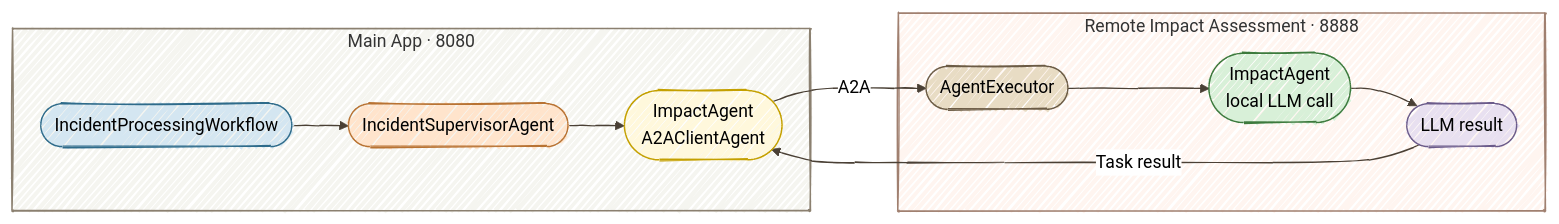
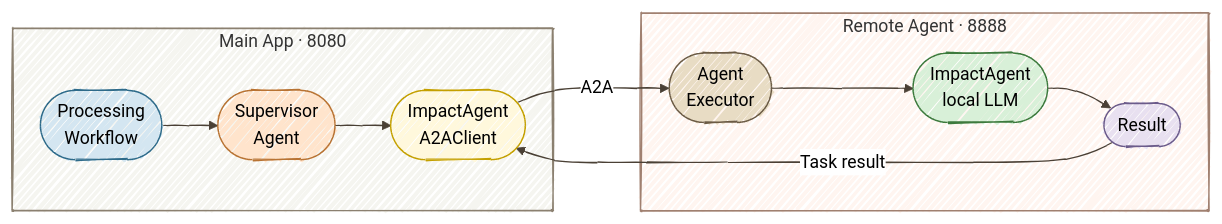
The diagram in docs/07-a2a/START_HERE.md (danieloh30/techxchange-2026-quarkus-bob-lab), drawn with Mermaid before and after one commit. The commit also changed other lines of this file, not shown here.

Commit message:
fix(docs): shorten A2A chart labels and table columns for readability
Use abbreviated node labels with line breaks so the LR flowchart
renders at a readable size. Compact the concepts table to prevent
column overflow.

````diff
--- a/docs/07-a2a/START_HERE.md
+++ b/docs/07-a2a/START_HERE.md
@@ -64,36 +64,36 @@
 ```mermaid
 %%{init: {'look':'handDrawn','theme':'neutral','themeVariables': {'lineColor':'#4A4035'}}}%%
 flowchart LR
-    IPW([IncidentProcessingWorkflow])
-    ISA([IncidentSupervisorAgent])
-    IA(["ImpactAgent<br/>A2AClientAgent"])
-    AE([AgentExecutor])
-    RIA(["ImpactAgent<br/>local LLM call"])
-    LLM([LLM result])
+    IPW(["Processing<br/>Workflow"])
+    ISA(["Supervisor<br/>Agent"])
+    IA(["ImpactAgent<br/>A2AClient"])
+    AE(["Agent<br/>Executor"])
+    RIA(["ImpactAgent<br/>local LLM"])
+    LLM([Result])
 
     subgraph main["Main App · 8080"]
         IPW
         ISA
         IA
     end
 
-    subgraph remote["Remote Impact Assessment · 8888"]
+    subgraph remote["Remote Agent · 8888"]
         AE
         RIA
         LLM
     end
 
     IPW --> ISA --> IA
     IA -->|A2A| AE
     AE --> RIA --> LLM
     LLM -->|Task result| IA
 
     style IPW fill:#D4E6F1,stroke:#2E6B8A
     style ISA fill:#FFE4CC,stroke:#B87333
     style IA fill:#FFF8DC,stroke:#C4A000
     style AE fill:#E8DCC4,stroke:#6B5B45
     style RIA fill:#D8F0D8,stroke:#3D7A3D
     style LLM fill:#E8E0F0,stroke:#6B5B8A
     style main fill:#F5F5F0,stroke:#8B8070
     style remote fill:#FFF5F0,stroke:#A08070
 ```
````
